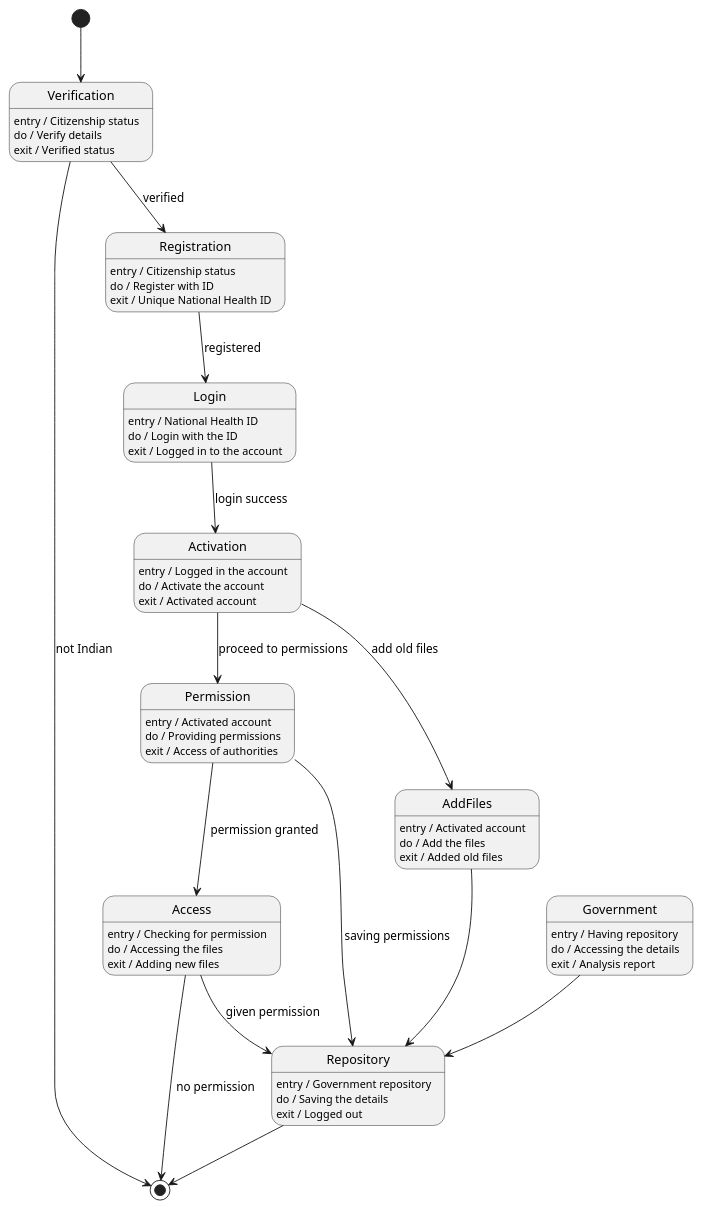
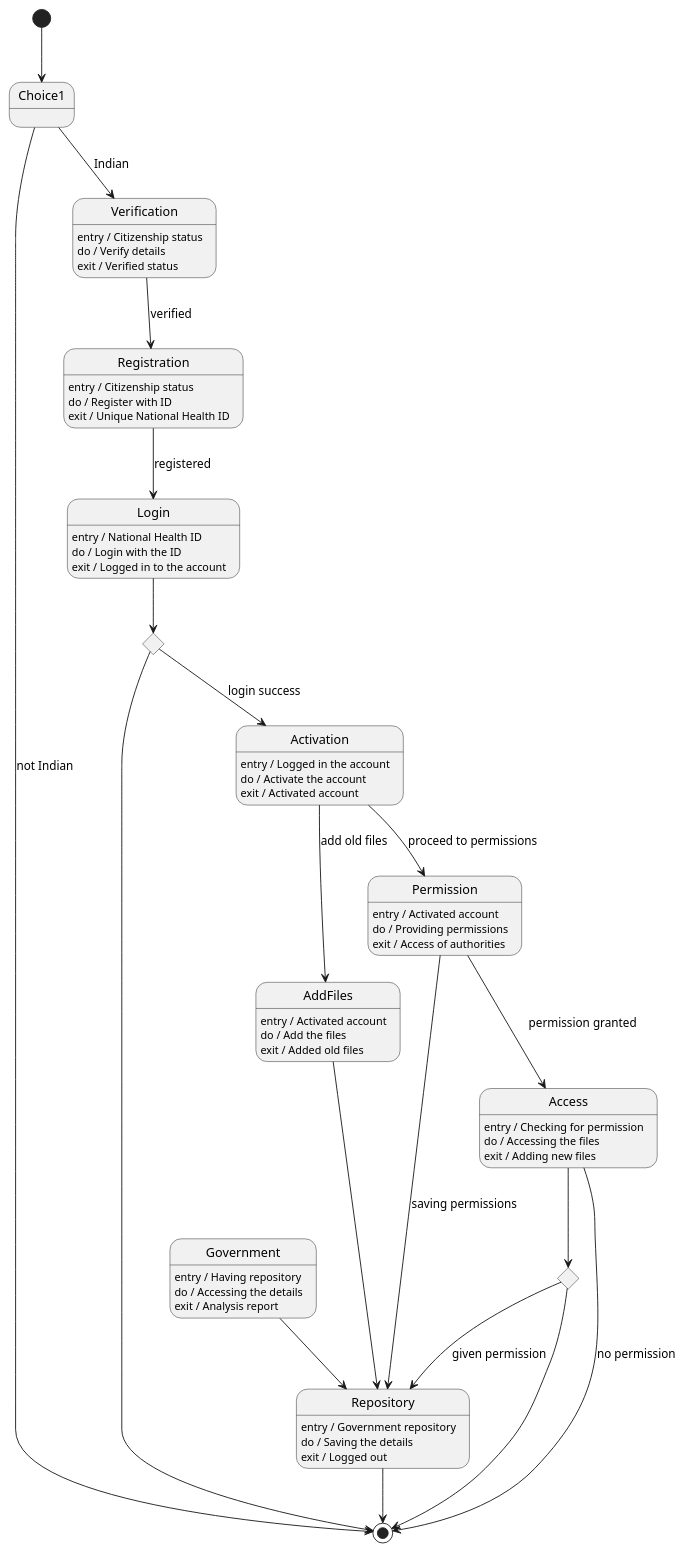
The diagram in dataset/case_09_national_health_id/diagram.puml (maimunafaria/State_transition_Diagram_generated_by_LLM), drawn with PlantUML before and after one commit. The commit also changed 21 other files, not shown here.

```diff
--- a/dataset/case_09_national_health_id/diagram.puml
+++ b/dataset/case_09_national_health_id/diagram.puml
@@ -1,63 +1,70 @@
 @startuml
 
-[*] --> Verification
+[*] --> Choice1
+state Choice1 <<choice>>
+state Choice2 <<choice>>
+state Choice3 <<choice>>
+Choice1 --> Verification : Indian
+Choice1 --> [*] : not Indian
 
 Verification : entry / Citizenship status
 Verification : do / Verify details
 Verification : exit / Verified status
 
 Verification --> Registration : verified
-Verification --> [*] : not Indian
 
 Registration : entry / Citizenship status
 Registration : do / Register with ID
 Registration : exit / Unique National Health ID
 
 Registration --> Login : registered
 
 Login : entry / National Health ID
 Login : do / Login with the ID
 Login : exit / Logged in to the account
 
-Login --> Activation : login success
-
+Login --> Choice2 
+Choice2 --> Activation : login success
+Choice2 --> [*] 
 Activation : entry / Logged in the account
 Activation : do / Activate the account
 Activation : exit / Activated account
 
 Activation --> AddFiles : add old files
 Activation --> Permission : proceed to permissions
 
 AddFiles : entry / Activated account
 AddFiles : do / Add the files
 AddFiles : exit / Added old files
 
 AddFiles --> Repository
 
 Permission : entry / Activated account
 Permission : do / Providing permissions
 Permission : exit / Access of authorities
 
 Permission --> Access : permission granted
 Permission --> Repository : saving permissions
 
 Access : entry / Checking for permission
 Access : do / Accessing the files
 Access : exit / Adding new files
 
-Access --> Repository : given permission
+Access --> Choice3 
+Choice3 --> Repository : given permission
+Choice3 --> [*] 
 Access --> [*] : no permission
 
 Government : entry / Having repository
 Government : do / Accessing the details
 Government : exit / Analysis report
 
 Government --> Repository
 
 Repository : entry / Government repository
 Repository : do / Saving the details
 Repository : exit / Logged out
 
 Repository --> [*]
 
 @enduml
```
